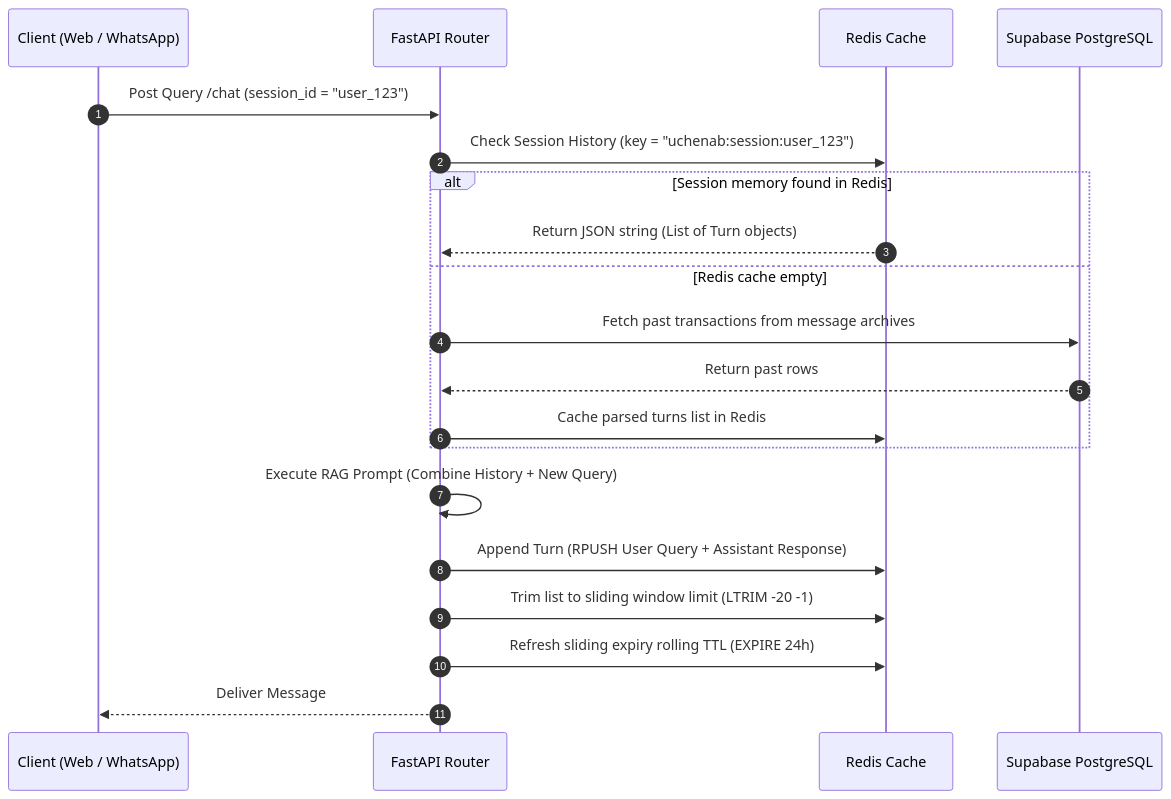
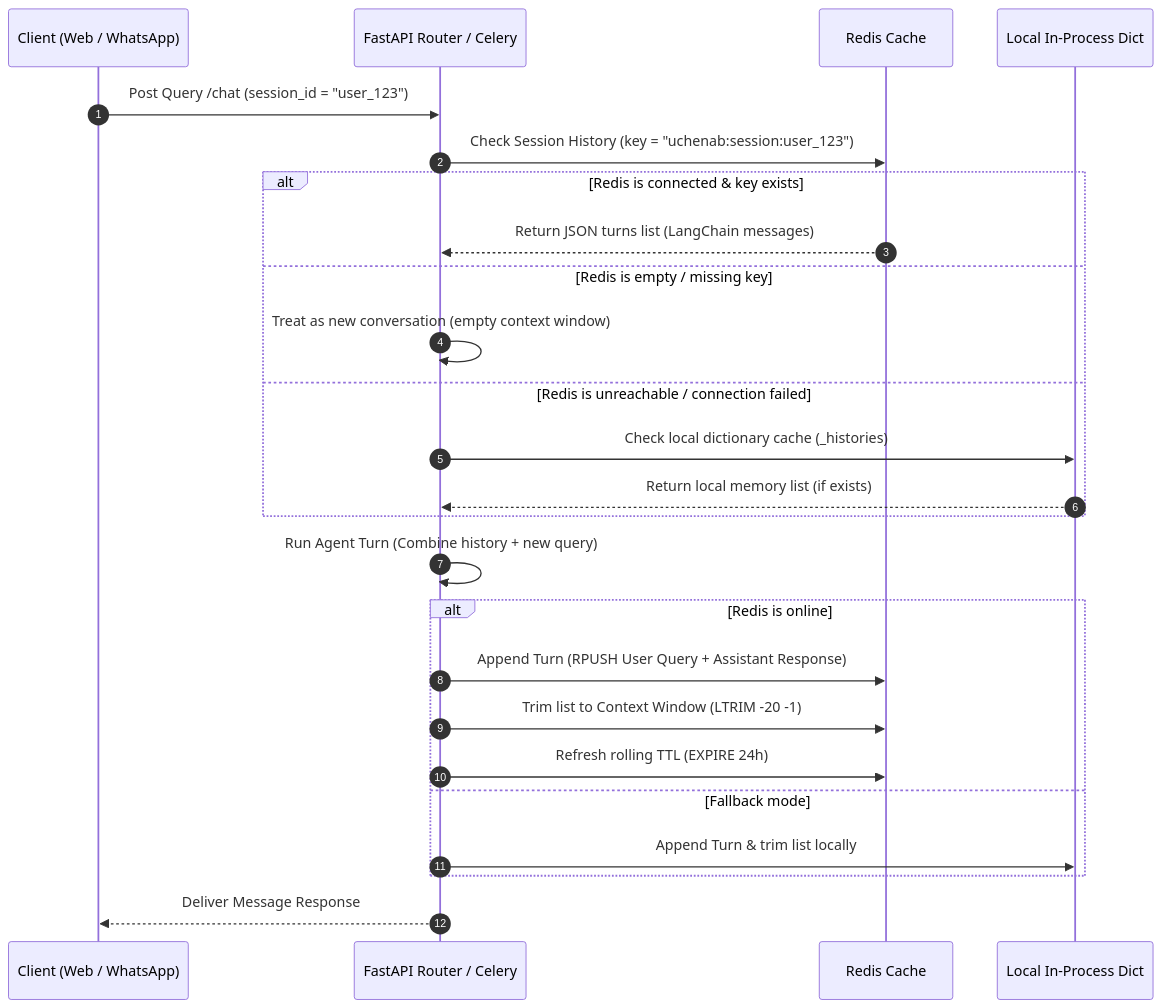
One commit to HasnainMuavia1/WA-Graph-RAG-BACKEND changed the second of 5 diagrams in README.md. Above: the diagram before and after it, drawn with Mermaid. The commit also changed other lines of this file, not shown here.

Commit message:
docs: refine session memory and WhatsApp loop flowcharts to match implementation details

````diff
--- a/README.md
+++ b/README.md
@@ -77,23 +77,28 @@
 ```mermaid
 sequenceDiagram
     autonumber
     participant Client as Client (Web / WhatsApp)
-    participant API as FastAPI Router
+    participant API as FastAPI Router / Celery
     participant Redis as Redis Cache
-    participant DB as Supabase PostgreSQL
+    participant Fallback as Local In-Process Dict
 
     Client->>API: Post Query /chat (session_id = "user_123")
     API->>Redis: Check Session History (key = "uchenab:session:user_123")
-    alt Session memory found in Redis
-        Redis-->>API: Return JSON string (List of Turn objects)
-    else Redis cache empty
-        API->>DB: Fetch past transactions from message archives
-        DB-->>API: Return past rows
-        API->>Redis: Cache parsed turns list in Redis
+    alt Redis is connected & key exists
+        Redis-->>API: Return JSON turns list (LangChain messages)
+    else Redis is empty / missing key
+        API->>API: Treat as new conversation (empty context window)
+    else Redis is unreachable / connection failed
+        API->>Fallback: Check local dictionary cache (_histories)
+        Fallback-->>API: Return local memory list (if exists)
     end
-    API->>API: Execute RAG Prompt (Combine History + New Query)
-    API->>Redis: Append Turn (RPUSH User Query + Assistant Response)
-    API->>Redis: Trim list to sliding window limit (LTRIM -20 -1)
-    API->>Redis: Refresh sliding expiry rolling TTL (EXPIRE 24h)
-    API-->>Client: Deliver Message
+    API->>API: Run Agent Turn (Combine history + new query)
+    alt Redis is online
+        API->>Redis: Append Turn (RPUSH User Query + Assistant Response)
+        API->>Redis: Trim list to Context Window (LTRIM -20 -1)
+        API->>Redis: Refresh rolling TTL (EXPIRE 24h)
+    else Fallback mode
+        API->>Fallback: Append Turn & trim list locally
+    end
+    API-->>Client: Deliver Message Response
 ```
````
